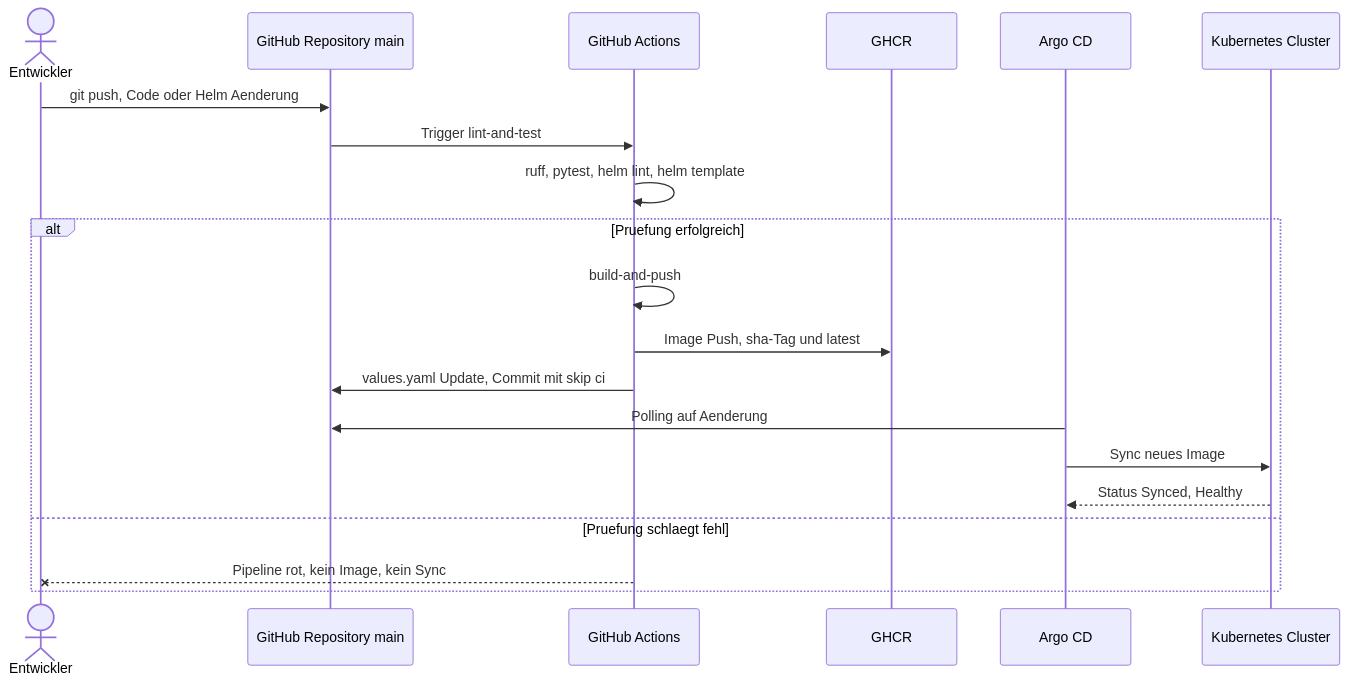
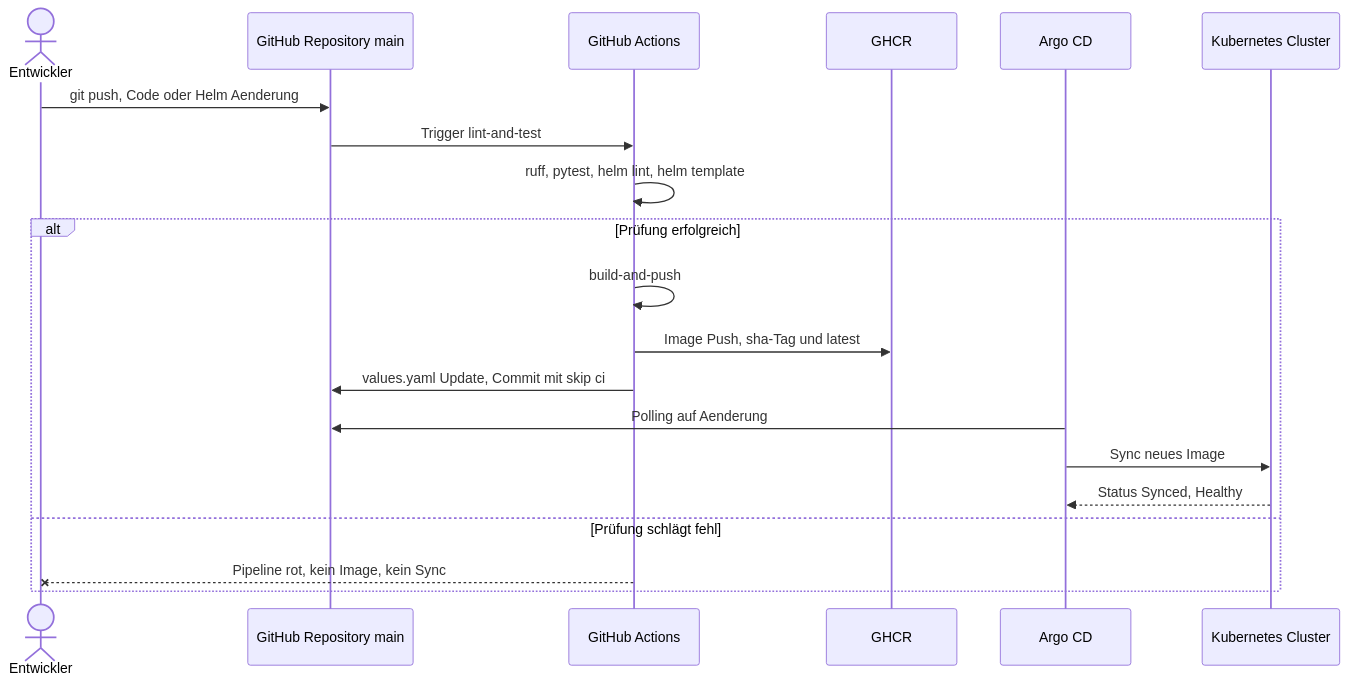
Before and after one commit to Cancani/gitops-platform-semesterarbeit5: the fifth of 5 diagrams in docs/dokumentation.md, drawn with Mermaid. The commit also changed other lines of this file and 13 other files, not shown here.

````diff
--- a/docs/dokumentation.md
+++ b/docs/dokumentation.md
@@ -1278,24 +1280,24 @@
 ```mermaid
 sequenceDiagram
     actor Dev as Entwickler
     participant Git as GitHub Repository main
     participant CI as GitHub Actions
     participant GHCR as GHCR
     participant Argo as Argo CD
     participant K8s as Kubernetes Cluster
 
     Dev->>Git: git push, Code oder Helm Aenderung
     Git->>CI: Trigger lint-and-test
     CI->>CI: ruff, pytest, helm lint, helm template
 
-    alt Pruefung erfolgreich
+    alt Prüfung erfolgreich
         CI->>CI: build-and-push
         CI->>GHCR: Image Push, sha-Tag und latest
         CI->>Git: values.yaml Update, Commit mit skip ci
         Argo->>Git: Polling auf Aenderung
         Argo->>K8s: Sync neues Image
         K8s-->>Argo: Status Synced, Healthy
-    else Pruefung schlaegt fehl
+    else Prüfung schlägt fehl
         CI--xDev: Pipeline rot, kein Image, kein Sync
     end
 ```
````
